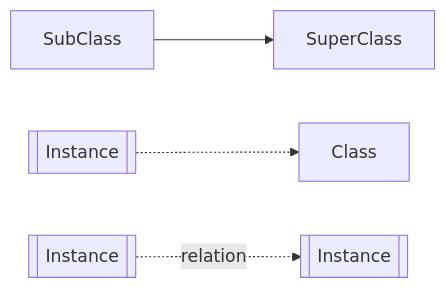
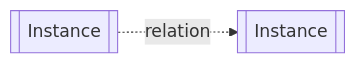
One commit to cambridge-cares/TheWorldAvatar changed the third of 10 diagrams in JPS_Ontology/ontology/ontoprofile/README.MD. Above: the diagram before and after it, drawn with Mermaid. The commit also changed other lines of this file and 2 other files, not shown here.

````diff
--- a/JPS_Ontology/ontology/ontoprofile/README.MD
+++ b/JPS_Ontology/ontology/ontoprofile/README.MD
@@ -42,6 +57,4 @@
 ```mermaid
 flowchart LR
-    subclass[SubClass] --> superclass[SuperClass]
-    instance[[Instance]] -.-> clazz[Class]
-    domainInst[[Instance]] -. relation .-> rangeInst[[Instance]]
+    Inst[[Instance]] -. relation .-> rangeInst[[Instance]]
 ```
````
